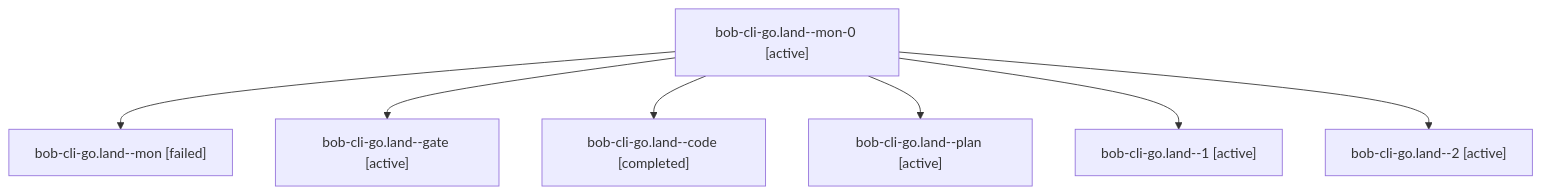
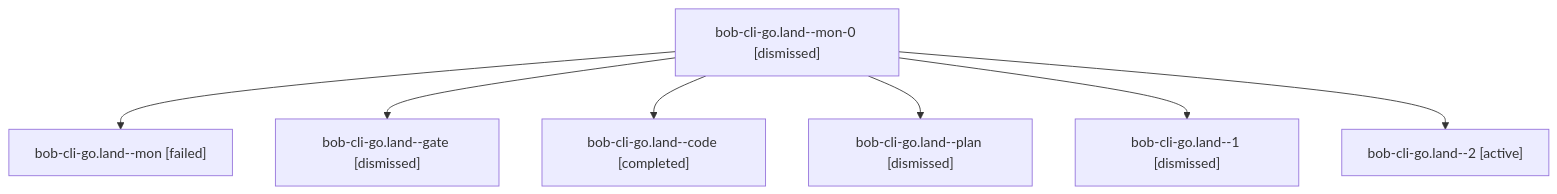
One commit to bobs-org/bob-cli--agents changed the diagram in sessions/bbugyi200.apollo.bob-cli-go.land.md. Above: the diagram before and after it, drawn with Mermaid. The commit also changed other lines of this file and 132 other files, not shown here.

````diff
--- a/sessions/bbugyi200.apollo.bob-cli-go.land.md
+++ b/sessions/bbugyi200.apollo.bob-cli-go.land.md
@@ -9,16 +9,16 @@
 ```mermaid
 flowchart TD
-  n0["bob-cli-go.land--mon-0 [active]"]
+  n0["bob-cli-go.land--mon-0 [dismissed]"]
   n1["bob-cli-go.land--mon [failed]"]
   n0 --> n1
-  n2["bob-cli-go.land--gate [active]"]
+  n2["bob-cli-go.land--gate [dismissed]"]
   n0 --> n2
   n3["bob-cli-go.land--code [completed]"]
   n0 --> n3
-  n4["bob-cli-go.land--plan [active]"]
+  n4["bob-cli-go.land--plan [dismissed]"]
   n0 --> n4
-  n5["bob-cli-go.land--1 [active]"]
+  n5["bob-cli-go.land--1 [dismissed]"]
   n0 --> n5
   n6["bob-cli-go.land--2 [active]"]
   n0 --> n6
 ```
````
